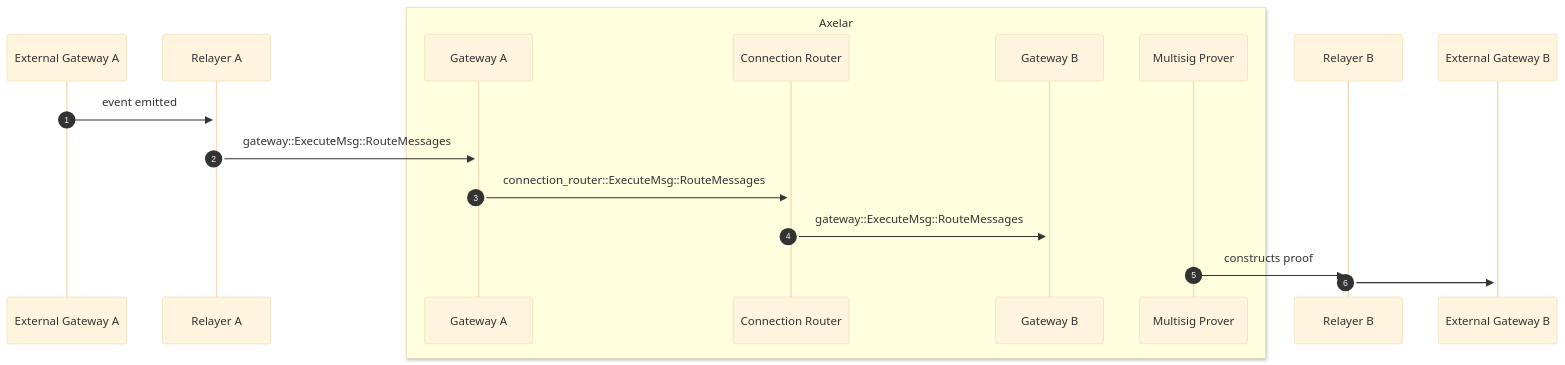
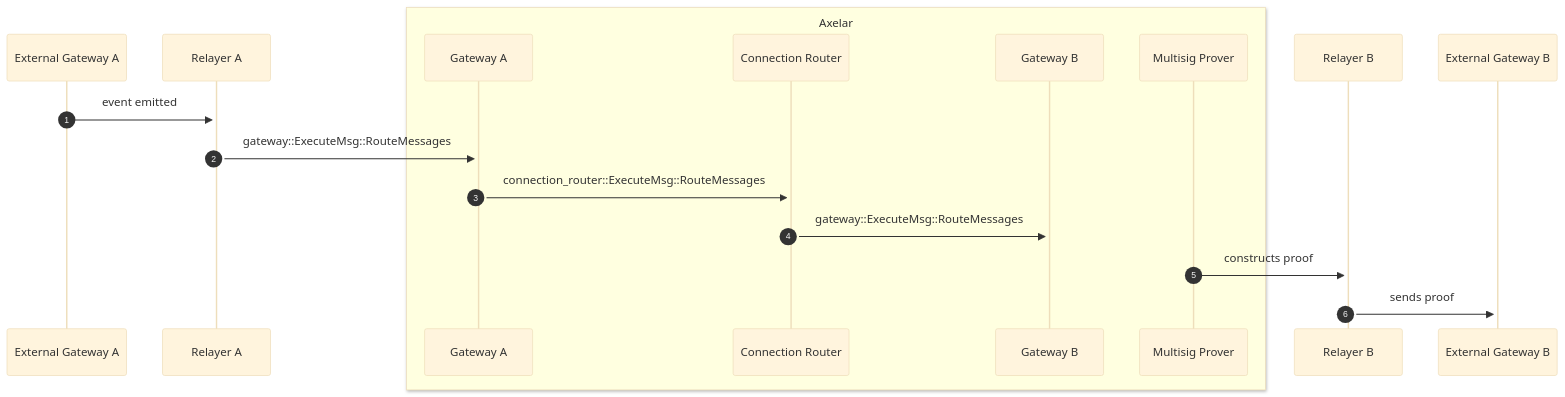
Before and after one commit to axelarnetwork/axelar-amplifier: the second of 2 diagrams in doc/src/contracts/connection_router.md, drawn with Mermaid (base theme). The commit also changed other lines of this file, not shown here.

Commit message:
Update connection_router.md: add note for the second diagram

````diff
--- a/doc/src/contracts/connection_router.md
+++ b/doc/src/contracts/connection_router.md
@@ -119,21 +119,21 @@
 ```mermaid
 sequenceDiagram
 autonumber
 participant External Gateway A
 participant Relayer A
 box LightYellow Axelar
 participant Gateway A
 participant Connection Router
 participant Gateway B
 participant Multisig Prover
 end
 participant Relayer B
 participant External Gateway B
 
 External Gateway A->>+Relayer A: event emitted
 Relayer A->>+Gateway A: gateway::ExecuteMsg::RouteMessages
 Gateway A->>+Connection Router: connection_router::ExecuteMsg::RouteMessages
 Connection Router->>+Gateway B: gateway::ExecuteMsg::RouteMessages
 Multisig Prover->>+Relayer B: constructs proof
-Relayer B->>+External Gateway B: 
+Relayer B->>+External Gateway B: sends proof 
 ```
````
